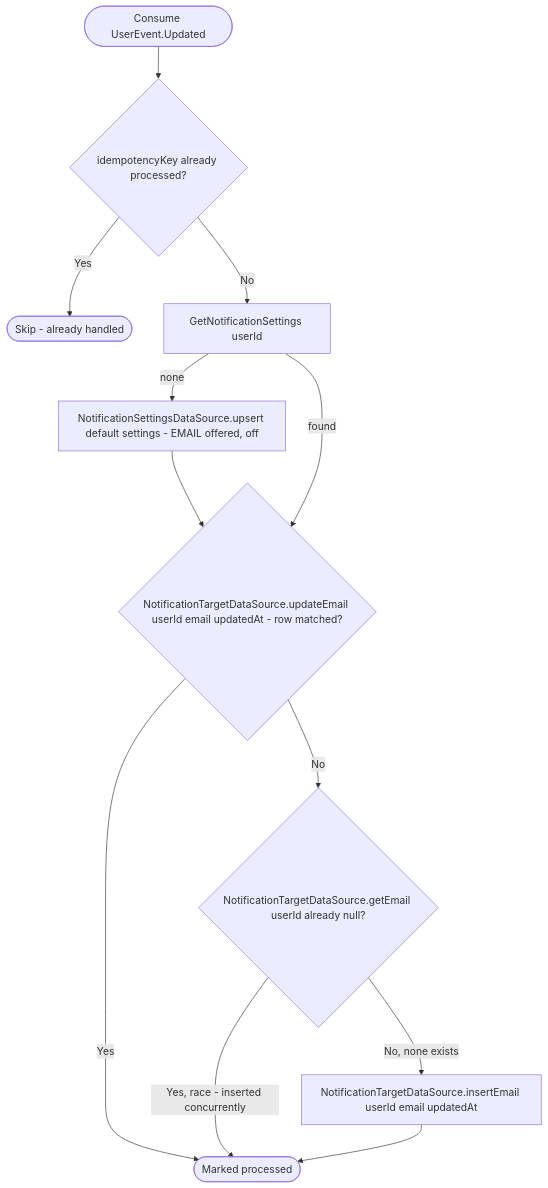
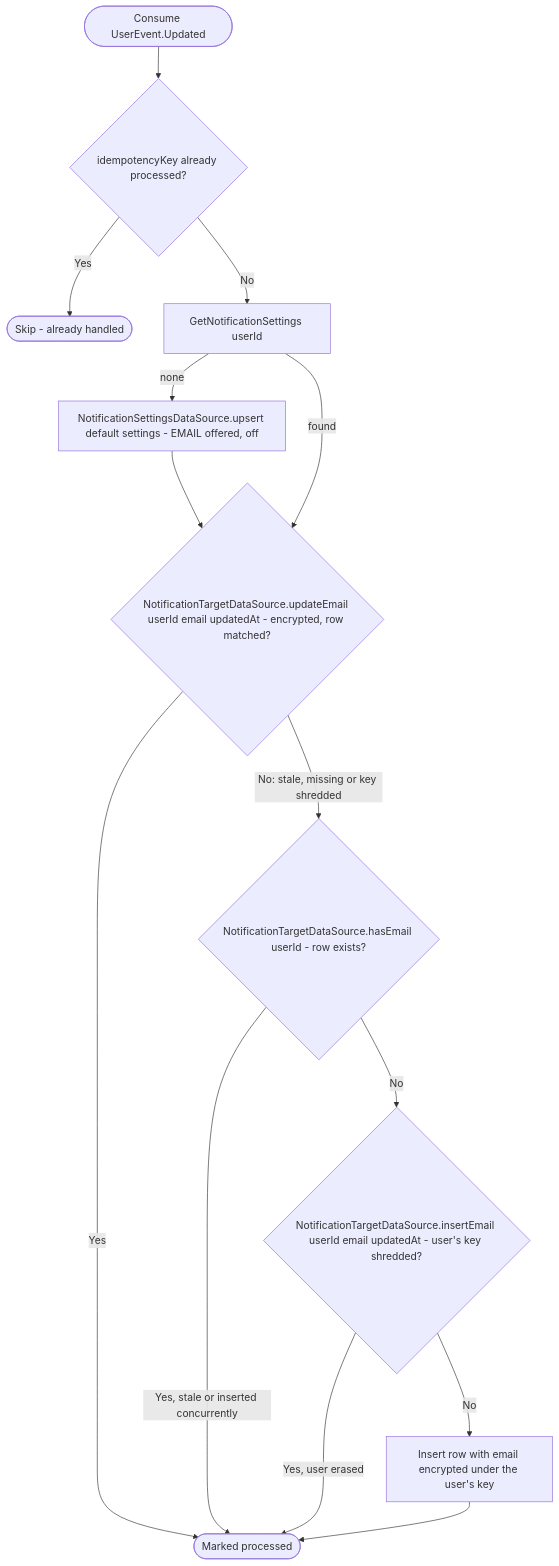
One commit to nocturneproperties/bookkme changed the diagram in docs/operations/notifications/on-user-updated.md. Above: the diagram before and after it, drawn with Mermaid. The commit also changed other lines of this file and 27 other files, not shown here.

Commit message:
[ISSUE-157] encrypt notification service personal data

````diff
--- a/docs/operations/notifications/on-user-updated.md
+++ b/docs/operations/notifications/on-user-updated.md
@@ -18,14 +21,16 @@
 ```mermaid
 flowchart TD
     Start([Consume UserEvent.Updated]) --> Dedup{idempotencyKey already processed?}
     Dedup -- Yes --> Skip([Skip - already handled])
     Dedup -- No --> GetSettings[GetNotificationSettings userId]
     GetSettings -- none --> Create[NotificationSettingsDataSource.upsert default settings - EMAIL offered, off]
     Create --> UpdateEmail
-    GetSettings -- found --> UpdateEmail{NotificationTargetDataSource.updateEmail userId email updatedAt - row matched?}
+    GetSettings -- found --> UpdateEmail{NotificationTargetDataSource.updateEmail userId email updatedAt - encrypted, row matched?}
     UpdateEmail -- Yes --> Ack([Marked processed])
-    UpdateEmail -- No --> HasEmail{NotificationTargetDataSource.getEmail userId already null?}
-    HasEmail -- No, none exists --> Insert[NotificationTargetDataSource.insertEmail userId email updatedAt]
-    HasEmail -- Yes, race - inserted concurrently --> Ack
-    Insert --> Ack
+    UpdateEmail -- No: stale, missing or key shredded --> HasEmail{NotificationTargetDataSource.hasEmail userId - row exists?}
+    HasEmail -- No --> Insert{NotificationTargetDataSource.insertEmail userId email updatedAt - user's key shredded?}
+    HasEmail -- Yes, stale or inserted concurrently --> Ack
+    Insert -- No --> Encrypt[Insert row with email encrypted under the user's key]
+    Insert -- Yes, user erased --> Ack
+    Encrypt --> Ack
 ```
````
